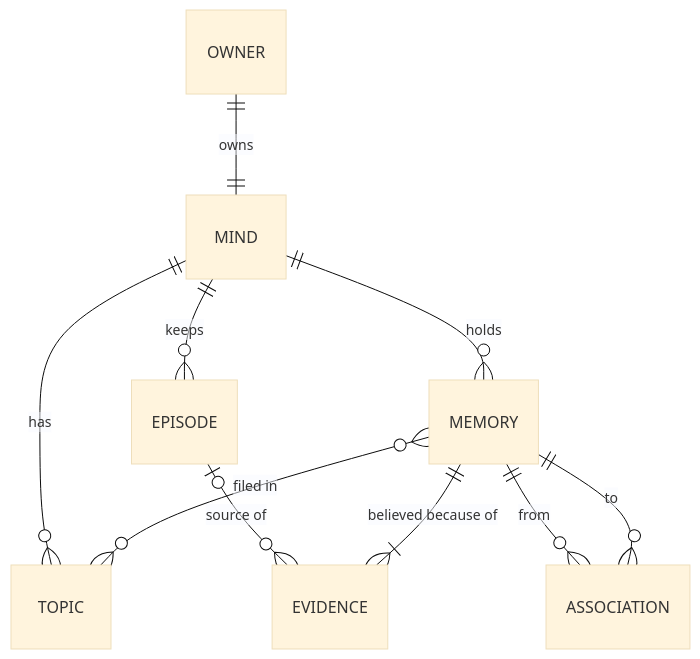
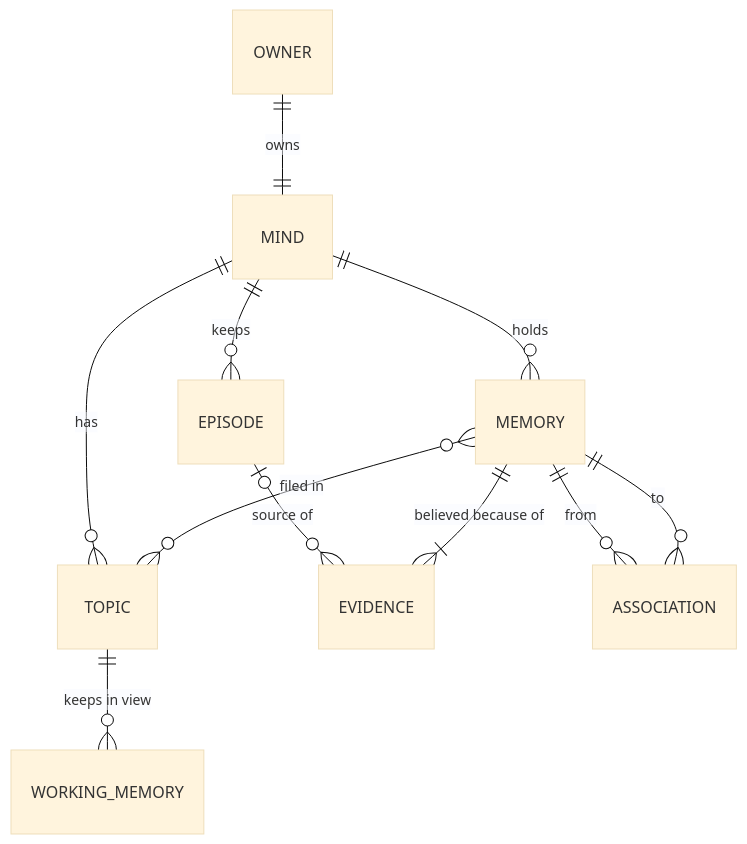
The diagram in docs/primitives/MIND.md (willregelmann/tapestry), drawn with Mermaid (base theme) before and after one commit. The commit also changed other lines of this file and 21 other files, not shown here.

First line of the commit message:
Topics under topics, working memory, and a shorter topics list in the viewer

````diff
--- a/docs/primitives/MIND.md
+++ b/docs/primitives/MIND.md
@@ -5,12 +5,13 @@
 ```mermaid
 erDiagram
     OWNER ||--|| MIND : "owns"
     MIND ||--o{ TOPIC : "has"
     MIND ||--o{ MEMORY : "holds"
     MIND ||--o{ EPISODE : "keeps"
+    TOPIC ||--o{ WORKING_MEMORY : "keeps in view"
     EPISODE |o--o{ EVIDENCE : "source of"
     MEMORY }o--o{ TOPIC : "filed in"
     MEMORY ||--|{ EVIDENCE : "believed because of"
     MEMORY ||--o{ ASSOCIATION : "from"
     ASSOCIATION }o--|| MEMORY : "to"
 ```
````
